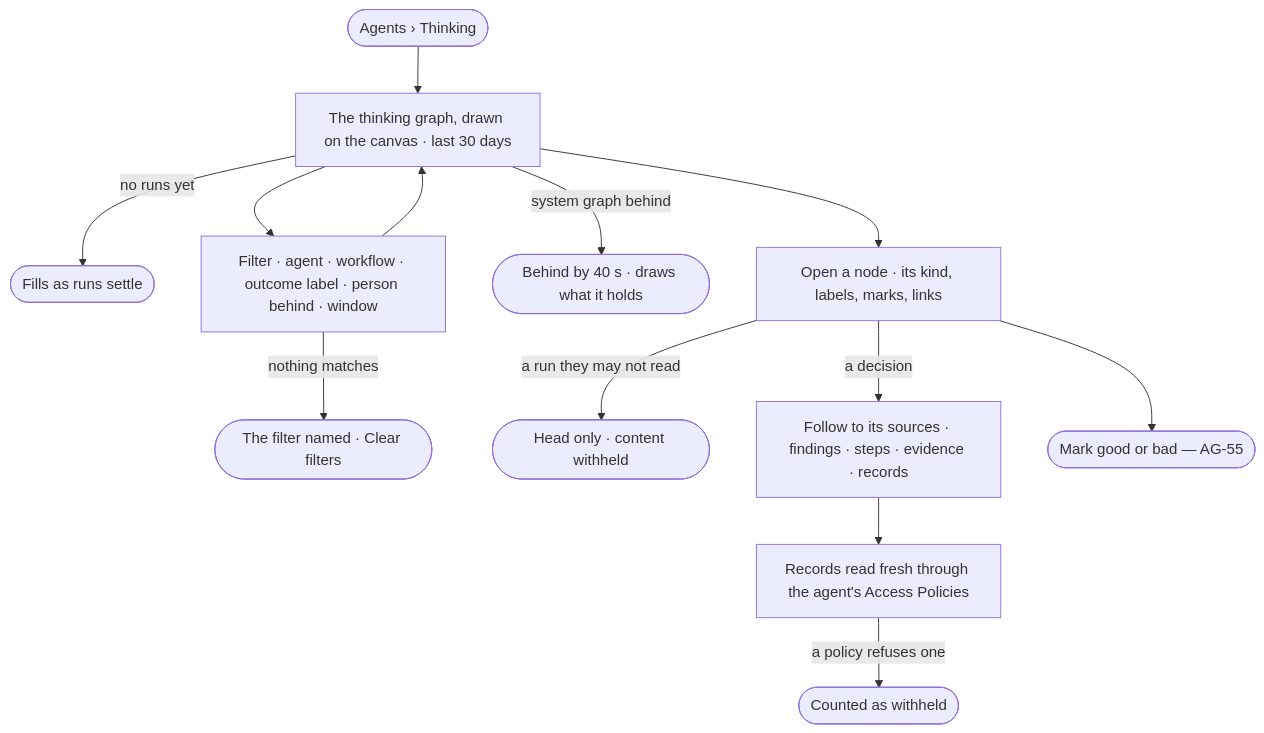
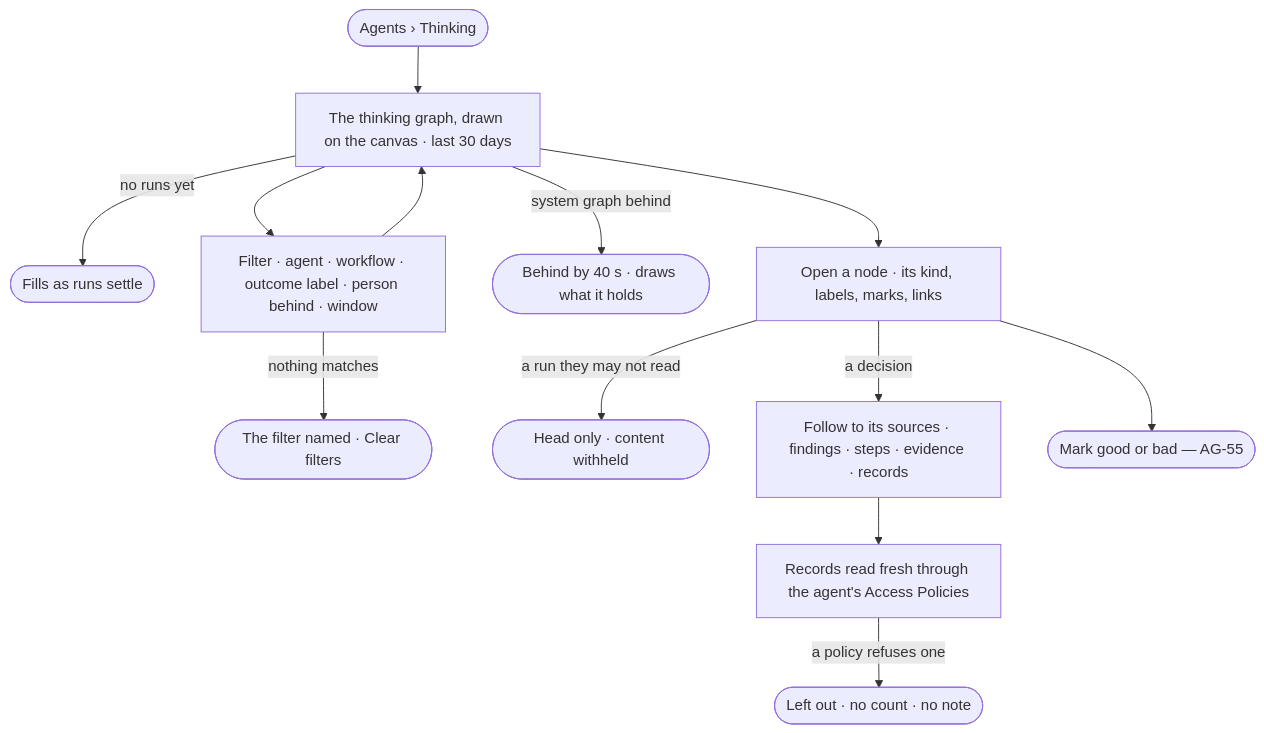
The diagram in specs/os/graph/features/GP-F02-memory/stories/GP-03-browse-memory-and-follow-a-decision-to-its-sources/story.md (invana/invana), drawn with Mermaid before and after one commit. The commit also changed other lines of this file and 69 other files, not shown here.

````diff
--- a/specs/os/graph/features/GP-F02-memory/stories/GP-03-browse-memory-and-follow-a-decision-to-its-sources/story.md
+++ b/specs/os/graph/features/GP-F02-memory/stories/GP-03-browse-memory-and-follow-a-decision-to-its-sources/story.md
@@ -27,15 +27,15 @@
 ```mermaid
 flowchart TD
   a([Agents › Thinking]) --> g["The thinking graph, drawn on the canvas · last 30 days"]
   g -->|no runs yet| fu(["Fills as runs settle"])
   g --> f["Filter · agent · workflow · outcome label · person behind · window"]
   f -->|nothing matches| em(["The filter named · Clear filters"])
   f --> g
   g -->|system graph behind| bh(["Behind by 40 s · draws what it holds"])
   g --> n["Open a node · its kind, labels, marks, links"]
   n -->|a run they may not read| wd(["Head only · content withheld"])
   n -->|a decision| src["Follow to its sources · findings · steps · evidence · records"]
   src --> rec["Records read fresh through the agent's Access Policies"]
-  rec -->|a policy refuses one| rw(["Counted as withheld"])
+  rec -->|a policy refuses one| rw(["Left out · no count · no note"])
   n --> mk(["Mark good or bad — AG-55"])
 ```
````
